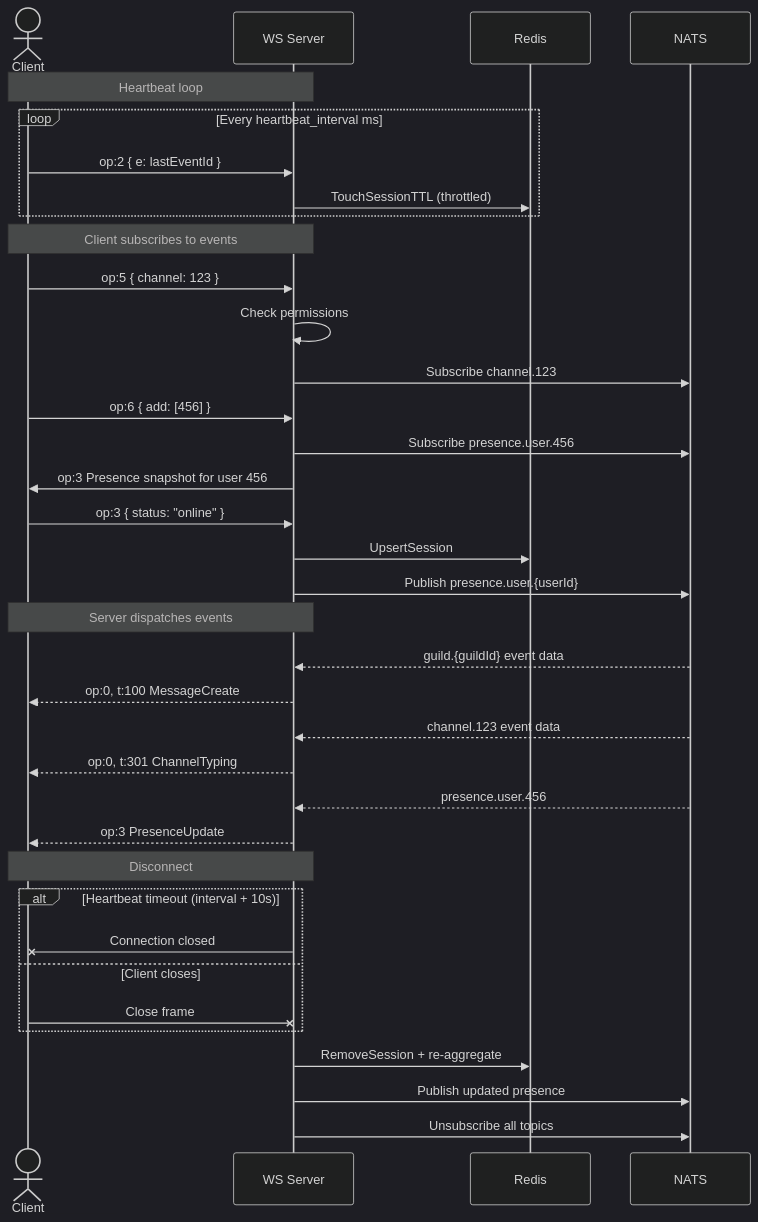
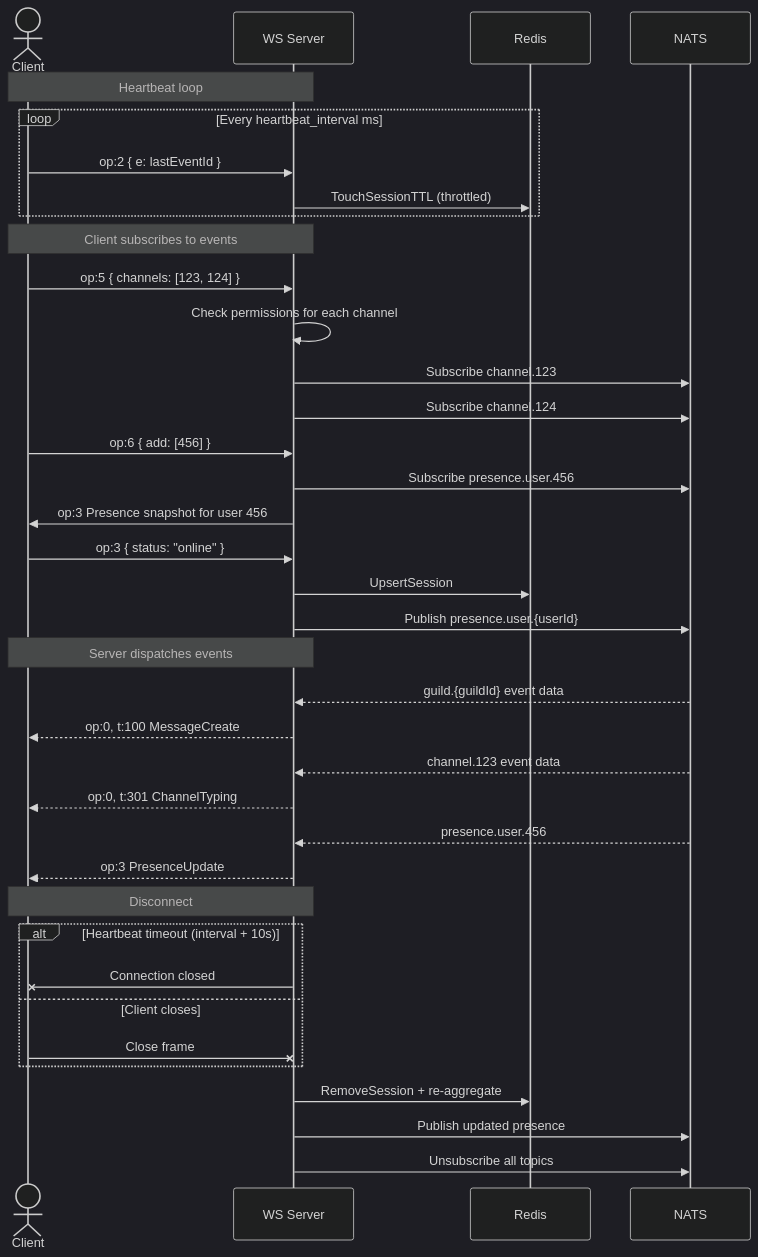
One commit to FlameInTheDark/gochat changed the second of 3 diagrams in docs/project/ws/EventsFlow.md. Above: the diagram before and after it, drawn with Mermaid (dark theme). The commit also changed 106 other files, not shown here.

````diff
--- a/docs/project/ws/EventsFlow.md
+++ b/docs/project/ws/EventsFlow.md
@@ -40,44 +40,45 @@
 ```mermaid
 sequenceDiagram
     actor C as Client
     participant S as WS Server
     participant R as Redis
     participant N as NATS
 
     Note over C, S: Heartbeat loop
     loop Every heartbeat_interval ms
         C->>S: op:2 { e: lastEventId }
         S->>R: TouchSessionTTL (throttled)
     end
 
     Note over C, S: Client subscribes to events
-    C->>S: op:5 { channel: 123 }
-    S->>S: Check permissions
+    C->>S: op:5 { channels: [123, 124] }
+    S->>S: Check permissions for each channel
     S->>N: Subscribe channel.123
+    S->>N: Subscribe channel.124
 
     C->>S: op:6 { add: [456] }
     S->>N: Subscribe presence.user.456
     S->>C: op:3 Presence snapshot for user 456
 
     C->>S: op:3 { status: "online" }
     S->>R: UpsertSession
     S->>N: Publish presence.user.{userId}
 
     Note over C, S: Server dispatches events
     N-->>S: guild.{guildId} event data
     S-->>C: op:0, t:100 MessageCreate
     N-->>S: channel.123 event data
     S-->>C: op:0, t:301 ChannelTyping
     N-->>S: presence.user.456
     S-->>C: op:3 PresenceUpdate
 
     Note over C, S: Disconnect
     alt Heartbeat timeout (interval + 10s)
         S-xC: Connection closed
     else Client closes
         C-xS: Close frame
     end
     S->>R: RemoveSession + re-aggregate
     S->>N: Publish updated presence
     S->>N: Unsubscribe all topics
 ```
````
